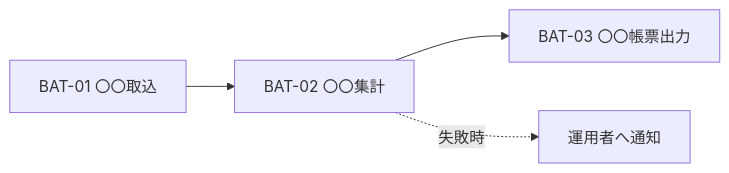
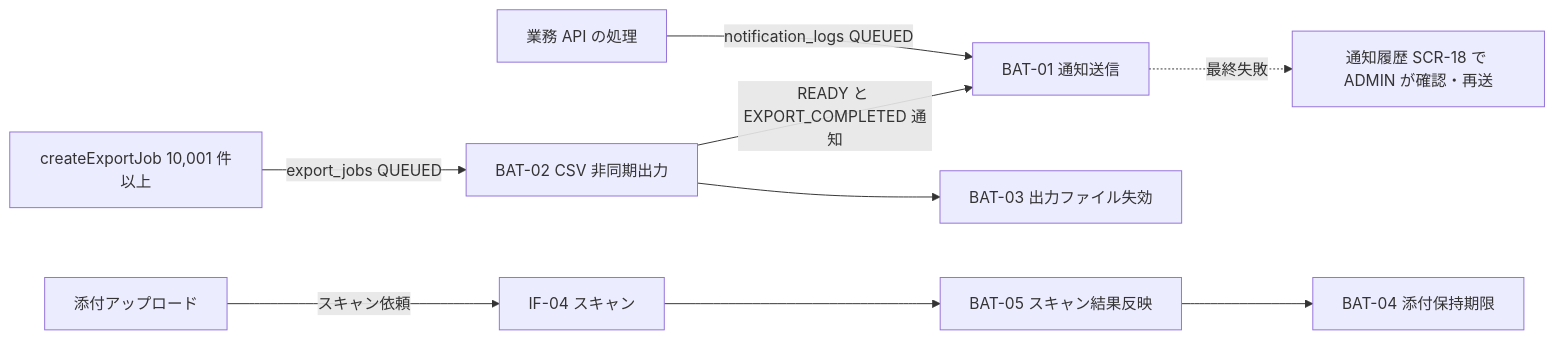
Before and after one commit to quyangboxjob/DDMSAA: the diagram in docs/基本設計/共通/spec-15-batch-design-ui.md, drawn with Mermaid. The commit also changed other lines of this file and 48 other files, not shown here.

````diff
--- a/docs/基本設計/共通/spec-15-batch-design-ui.md
+++ b/docs/基本設計/共通/spec-15-batch-design-ui.md
@@ -26,6 +31,11 @@
 ```mermaid
 flowchart LR
-  B1[BAT-01 〇〇取込] --> B2[BAT-02 〇〇集計]
-  B2 --> B3[BAT-03 〇〇帳票出力]
-  B2 -.失敗時.-> N[運用者へ通知]
+  API[業務 API の処理] -->|notification_logs QUEUED| B1[BAT-01 通知送信]
+  API2[createExportJob 10,001 件以上] -->|export_jobs QUEUED| B2[BAT-02 CSV 非同期出力]
+  B2 -->|READY と EXPORT_COMPLETED 通知| B1
+  B2 --> B3[BAT-03 出力ファイル失効]
+  UP[添付アップロード] -->|スキャン依頼| SCAN[IF-04 スキャン]
+  SCAN --> B5[BAT-05 スキャン結果反映]
+  B5 --> B4[BAT-04 添付保持期限]
+  B1 -.最終失敗.-> N[通知履歴 SCR-18 で ADMIN が確認・再送]
 ```
````
